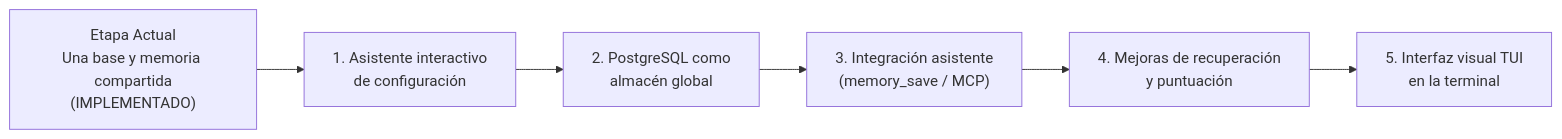
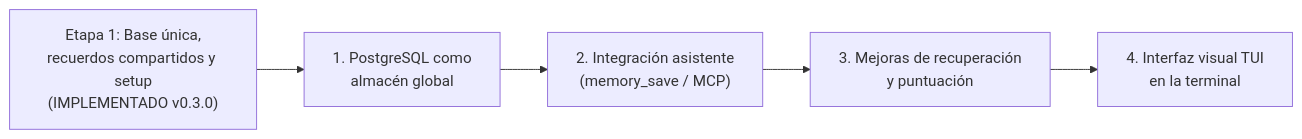
The diagram in docs/es/08-limites-y-roadmap.md (jotredev/forge614-engram), drawn with Mermaid before and after one commit. The commit also changed other lines of this file and 29 other files, not shown here.

````diff
--- a/docs/es/08-limites-y-roadmap.md
+++ b/docs/es/08-limites-y-roadmap.md
@@ -102,8 +128,7 @@
 ```mermaid
 flowchart LR
-    E1["Etapa Actual<br>Una base y memoria compartida<br>(IMPLEMENTADO)"] --> P1["1. Asistente interactivo<br>de configuración"]
-    P1 --> P2["2. PostgreSQL como<br>almacén global"]
-    P2 --> P3["3. Integración asistente<br>(memory_save / MCP)"]
-    P3 --> P4["4. Mejoras de recuperación<br>y puntuación"]
-    P4 --> P5["5. Interfaz visual TUI<br>en la terminal"]
+    E1["Etapa 1: Base única,<br>recuerdos compartidos y setup<br>(IMPLEMENTADO v0.3.0)"] --> P1["1. PostgreSQL como<br>almacén global"]
+    P1 --> P2["2. Integración asistente<br>(memory_save / MCP)"]
+    P2 --> P3["3. Mejoras de recuperación<br>y puntuación"]
+    P3 --> P4["4. Interfaz visual TUI<br>en la terminal"]
 ```
````
